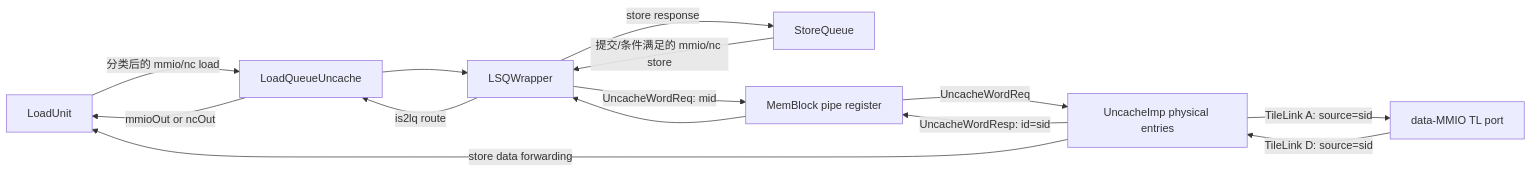
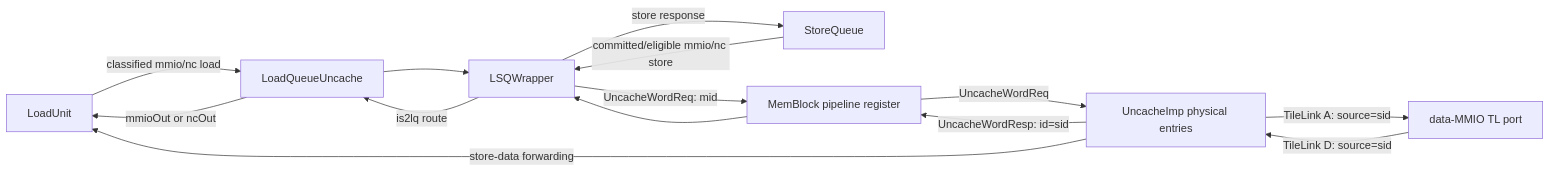
The diagram in xiangshan-course/docs-en/4-xiangshan-microarchitecture-analysis/3-xiangshan-source-code-analysis/memory/LoadStore-UncacheBuffer.md (OpenXiangShan/XiangShanLab), drawn with Mermaid before and after one commit. The commit also changed other lines of this file and 176 other files, not shown here.

```diff
--- a/xiangshan-course/docs-en/4-xiangshan-microarchitecture-analysis/3-xiangshan-source-code-analysis/memory/LoadStore-UncacheBuffer.md
+++ b/xiangshan-course/docs-en/4-xiangshan-microarchitecture-analysis/3-xiangshan-source-code-analysis/memory/LoadStore-UncacheBuffer.md
@@ -65,16 +1002,16 @@
 ~~~mermaid
 flowchart LR
-  LDU[LoadUnit] -->|分类后的 mmio/nc load| LQU[LoadQueueUncache]
-  SQ[StoreQueue] -->|提交/条件满足的 mmio/nc store| LSQ[LSQWrapper]
+  LDU[LoadUnit] -->|classified mmio/nc load| LQU[LoadQueueUncache]
+  SQ[StoreQueue] -->|committed/eligible mmio/nc store| LSQ[LSQWrapper]
   LQU --> LSQ
-  LSQ -->|UncacheWordReq: mid| MB[MemBlock pipe register]
+  LSQ -->|UncacheWordReq: mid| MB[MemBlock pipeline register]
   MB -->|UncacheWordReq| UB[UncacheImp physical entries]
   UB -->|TileLink A: source=sid| DMMIO[data-MMIO TL port]
   DMMIO -->|TileLink D: source=sid| UB
   UB -->|UncacheWordResp: id=sid| MB
   MB --> LSQ
   LSQ -->|is2lq route| LQU
   LQU -->|mmioOut or ncOut| LDU
   LSQ -->|store response| SQ
-  UB -->|store data forwarding| LDU
+  UB -->|store-data forwarding| LDU
 ~~~
```
